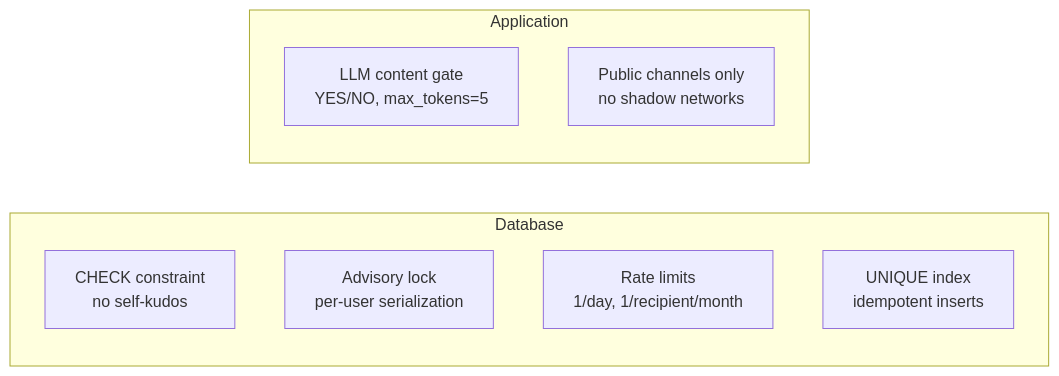
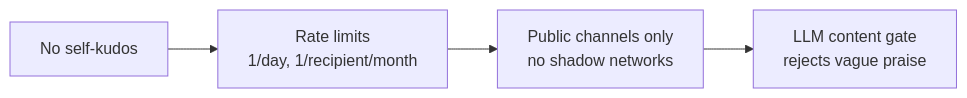
One commit to samanklesaria/kudos-bot changed the third of 6 diagrams in presentation/slideshow.md. Above: the diagram before and after it, drawn with Mermaid. The commit also changed other lines of this file and 10 other files, not shown here.

````diff
--- a/presentation/slideshow.md
+++ b/presentation/slideshow.md
@@ -46,13 +38,6 @@
 ```mermaid
 graph LR
-    subgraph Database
-        L1["CHECK constraint<br>no self-kudos"]
-        L2["Advisory lock<br>per-user serialization"]
-        L3["Rate limits<br>1/day, 1/recipient/month"]
-        L4["UNIQUE index<br>idempotent inserts"]
-    end
-    subgraph Application
-        L5["LLM content gate<br>YES/NO, max_tokens=5"]
-        L6["Public channels only<br>no shadow networks"]
-    end
+    L1["No self-kudos"] --> L2["Rate limits<br>1/day, 1/recipient/month"]
+    L2 --> L3["Public channels only<br>no shadow networks"]
+    L3 --> L4["LLM content gate<br>rejects vague praise"]
 ```
````
